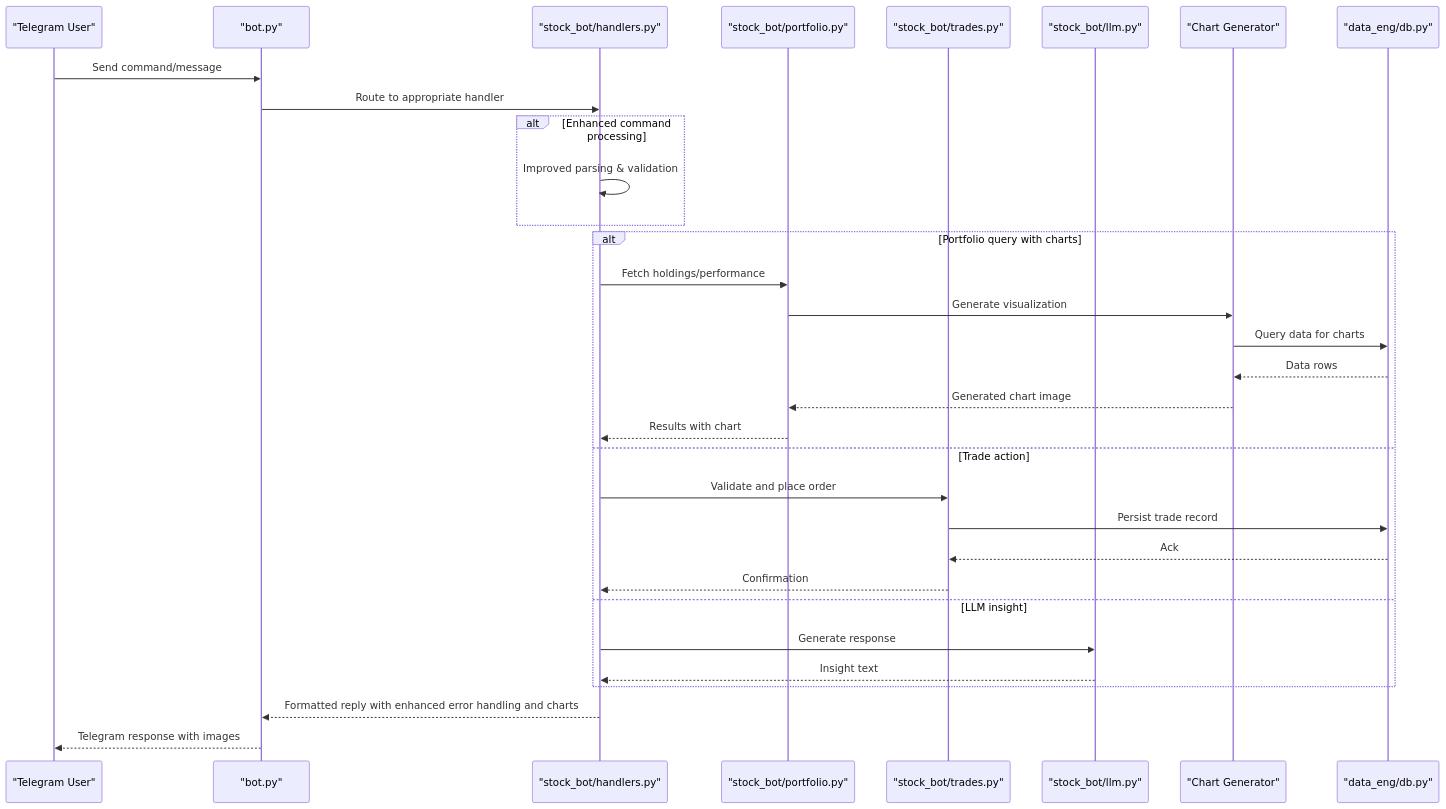
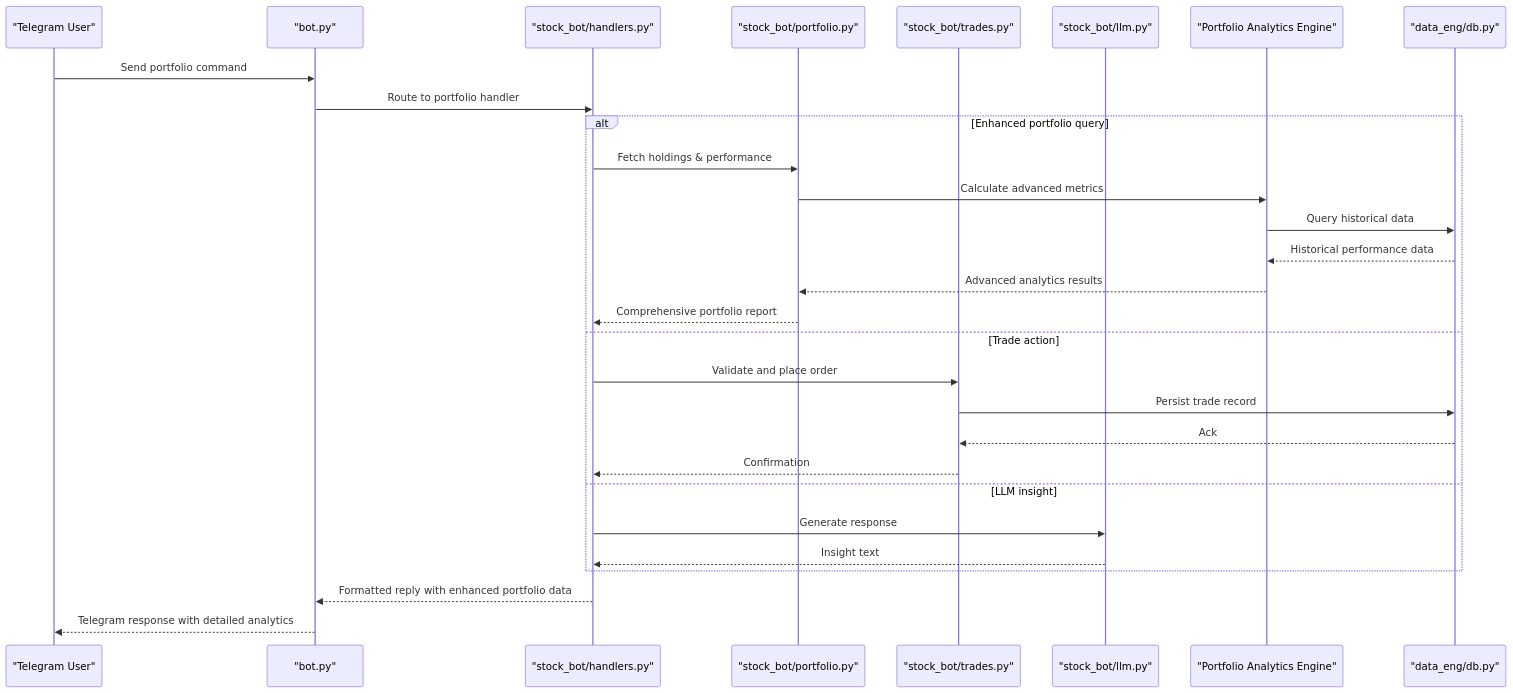
One commit to ZengSeng/telegram-bot changed the second of 7 diagrams in .qoder/repowiki/en/content/Core Components/Stock Trading Bot.md. Above: the diagram before and after it, drawn with Mermaid. The commit also changed other lines of this file and 10 other files, not shown here.

````diff
--- a/.qoder/repowiki/en/content/Core Components/Stock Trading Bot.md
+++ b/.qoder/repowiki/en/content/Core Components/Stock Trading Bot.md
@@ -170,34 +174,31 @@
 ```mermaid
 sequenceDiagram
 participant User as "Telegram User"
 participant Bot as "bot.py"
 participant Handlers as "stock_bot/handlers.py"
 participant Portfolio as "stock_bot/portfolio.py"
 participant Trades as "stock_bot/trades.py"
 participant LLM as "stock_bot/llm.py"
-participant ChartGen as "Chart Generator"
+participant PortfolioAnalytics as "Portfolio Analytics Engine"
 participant DB as "data_eng/db.py"
-User->>Bot : Send command/message
-Bot->>Handlers : Route to appropriate handler
-alt Enhanced command processing
-Handlers->>Handlers : Improved parsing & validation
-end
-alt Portfolio query with charts
-Handlers->>Portfolio : Fetch holdings/performance
-Portfolio->>ChartGen : Generate visualization
-ChartGen->>DB : Query data for charts
-DB-->>ChartGen : Data rows
-ChartGen-->>Portfolio : Generated chart image
-Portfolio-->>Handlers : Results with chart
+User->>Bot : Send portfolio command
+Bot->>Handlers : Route to portfolio handler
+alt Enhanced portfolio query
+Handlers->>Portfolio : Fetch holdings & performance
+Portfolio->>PortfolioAnalytics : Calculate advanced metrics
+PortfolioAnalytics->>DB : Query historical data
+DB-->>PortfolioAnalytics : Historical performance data
+PortfolioAnalytics-->>Portfolio : Advanced analytics results
+Portfolio-->>Handlers : Comprehensive portfolio report
 else Trade action
 Handlers->>Trades : Validate and place order
 Trades->>DB : Persist trade record
 DB-->>Trades : Ack
 Trades-->>Handlers : Confirmation
 else LLM insight
 Handlers->>LLM : Generate response
 LLM-->>Handlers : Insight text
 end
-Handlers-->>Bot : Formatted reply with enhanced error handling and charts
-Bot-->>User : Telegram response with images
+Handlers-->>Bot : Formatted reply with enhanced portfolio data
+Bot-->>User : Telegram response with detailed analytics
 ```
````
